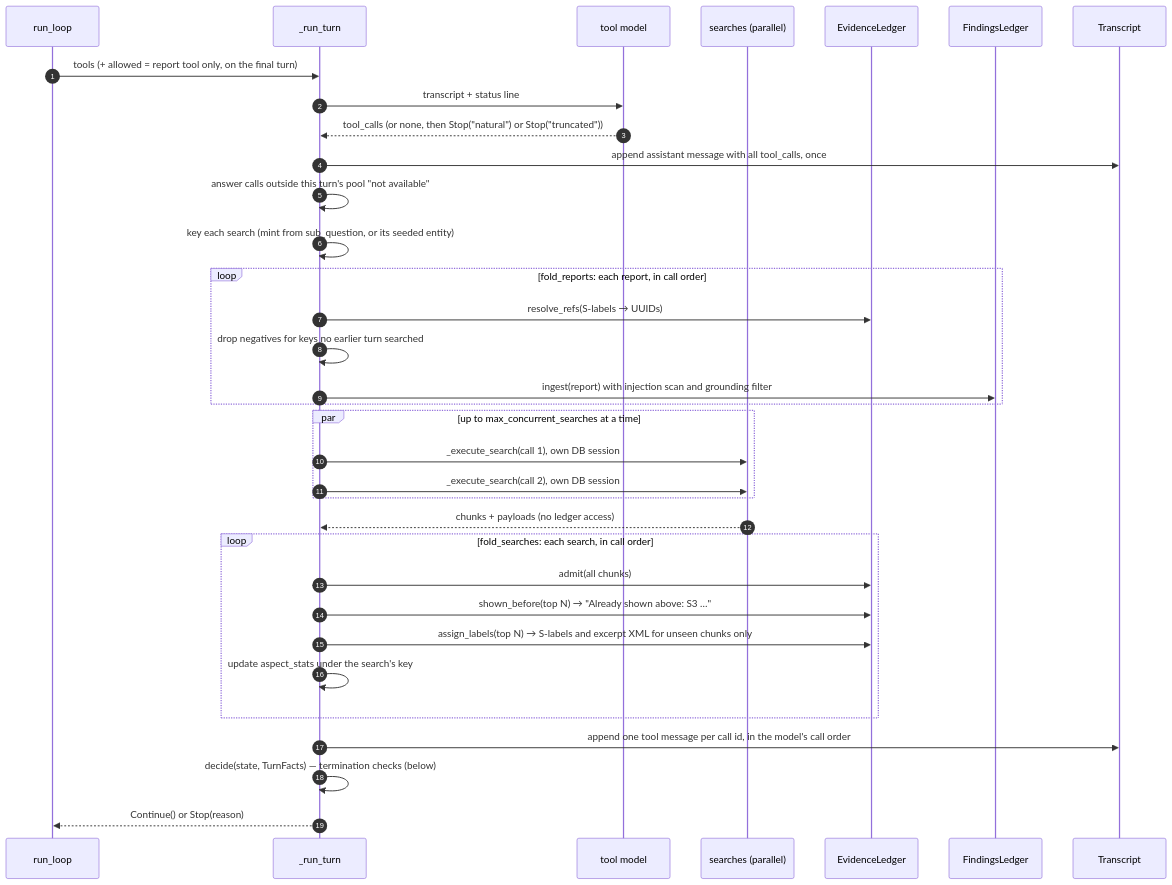
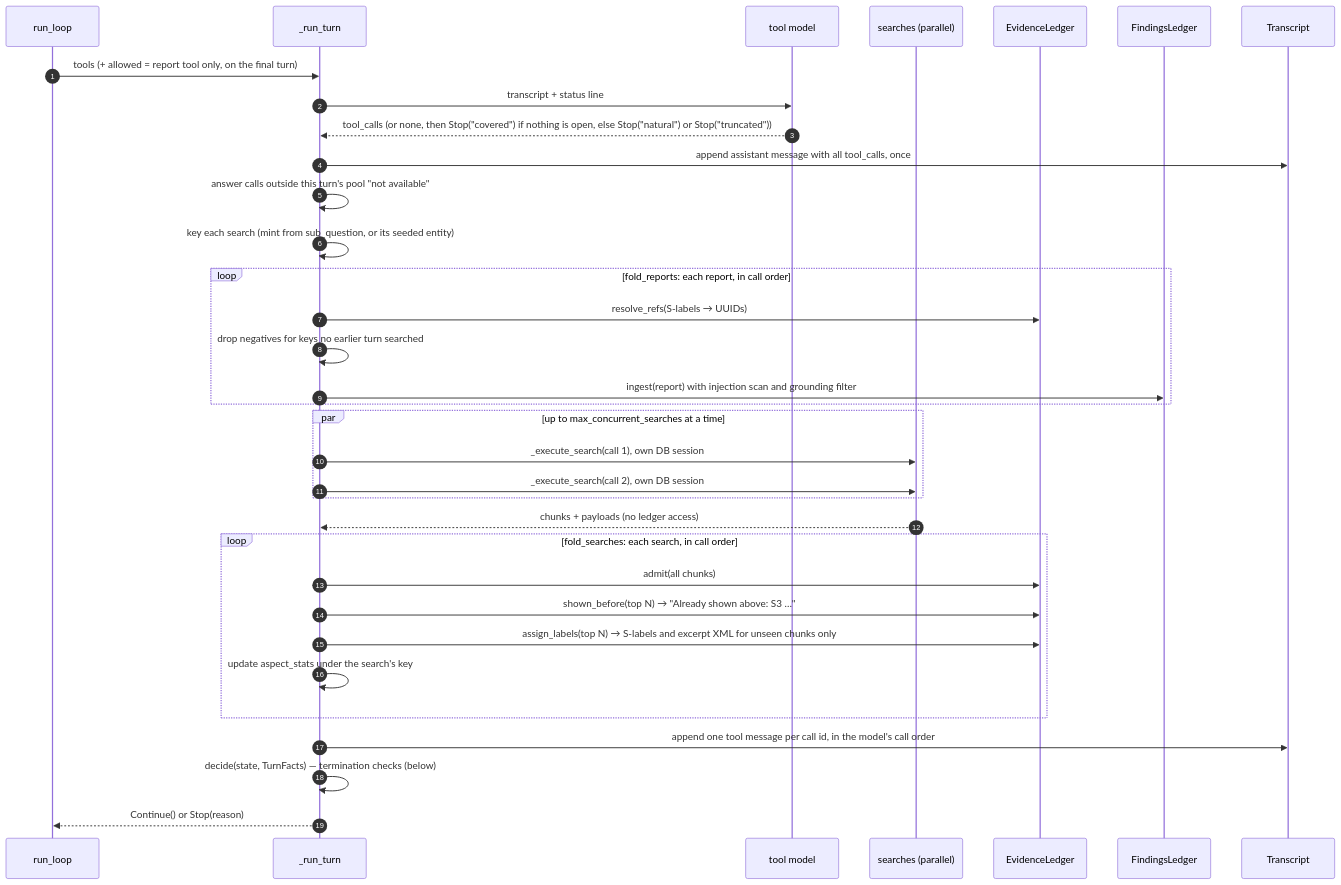
One commit to akimalikhanov/ai_financial_copilot changed the seventh of 18 diagrams in docs/prod_docs/agent_design.md. Above: the diagram before and after it, drawn with Mermaid. The commit also changed other lines of this file and 29 other files, not shown here.

````diff
--- a/docs/prod_docs/agent_design.md
+++ b/docs/prod_docs/agent_design.md
@@ -682,37 +713,37 @@
 ```mermaid
 sequenceDiagram
     autonumber
     participant RL as run_loop
     participant Turn as _run_turn
     participant LLM as tool model
     participant S as searches (parallel)
     participant EL as EvidenceLedger
     participant FL as FindingsLedger
     participant TR as Transcript
 
     RL->>Turn: tools (+ allowed = report tool only, on the final turn)
     Turn->>LLM: transcript + status line
-    LLM-->>Turn: tool_calls (or none, then Stop("natural") or Stop("truncated"))
+    LLM-->>Turn: tool_calls (or none, then Stop("covered") if nothing is open, else Stop("natural") or Stop("truncated"))
     Turn->>TR: append assistant message with all tool_calls, once
     Turn->>Turn: answer calls outside this turn's pool "not available"
     Turn->>Turn: key each search (mint from sub_question, or its seeded entity)
     loop fold_reports: each report, in call order
         Turn->>EL: resolve_refs(S-labels → UUIDs)
         Turn->>Turn: drop negatives for keys no earlier turn searched
         Turn->>FL: ingest(report) with injection scan and grounding filter
     end
     par up to max_concurrent_searches at a time
         Turn->>S: _execute_search(call 1), own DB session
         Turn->>S: _execute_search(call 2), own DB session
     end
     S-->>Turn: chunks + payloads (no ledger access)
     loop fold_searches: each search, in call order
         Turn->>EL: admit(all chunks)
         Turn->>EL: shown_before(top N) → "Already shown above: S3 …"
         Turn->>EL: assign_labels(top N) → S-labels and excerpt XML for unseen chunks only
         Turn->>Turn: update aspect_stats under the search's key
     end
     Turn->>TR: append one tool message per call id, in the model's call order
     Turn->>Turn: decide(state, TurnFacts) — termination checks (below)
     Turn-->>RL: Continue() or Stop(reason)
 ```
````
